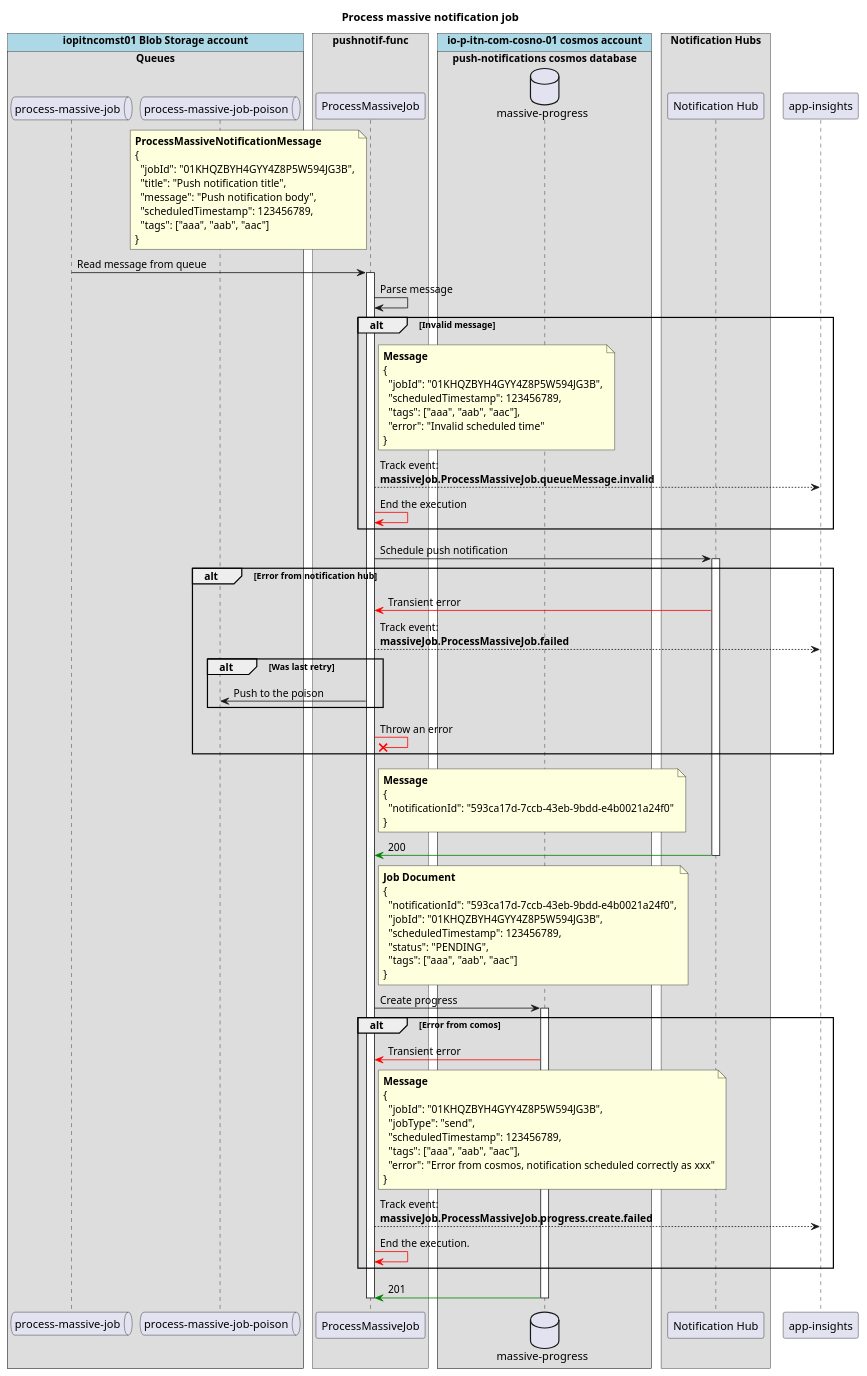
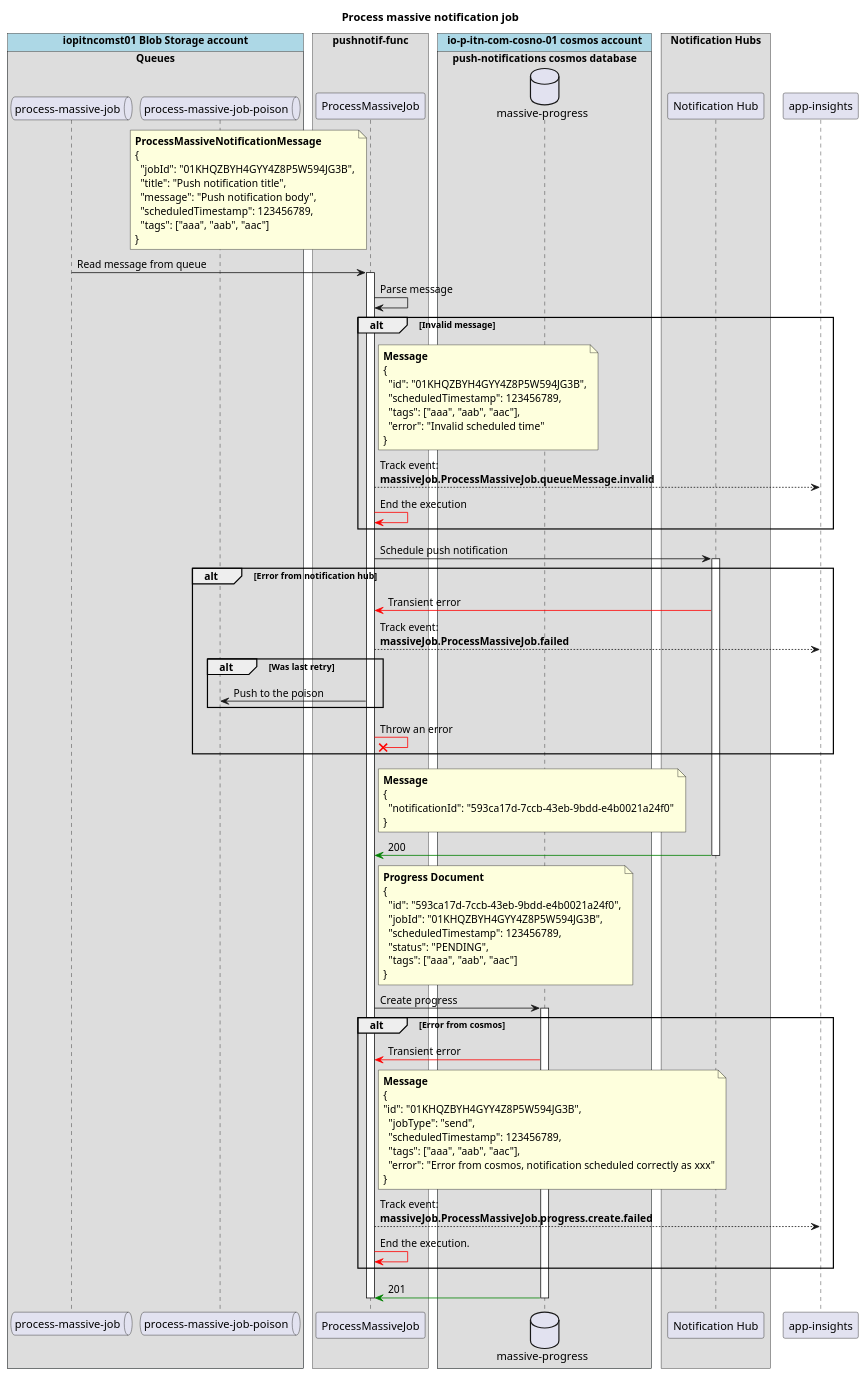
Before and after one commit to pagopa/io-messages: the diagram in apps/pushnotif-func/docs/puml/process-massive-job.puml, drawn with PlantUML. The commit also changed 11 other files, not shown here.

First line of the commit message:
Update massive notification job diagrams

```diff
--- a/apps/pushnotif-func/docs/puml/process-massive-job.puml
+++ b/apps/pushnotif-func/docs/puml/process-massive-job.puml
@@ -1,119 +1,119 @@
 @startuml
 
 title "Process massive notification job"
 
 box "iopitncomst01 Blob Storage account" #LightBlue
   box "Queues"
     queue "process-massive-job" as smq
     queue "process-massive-job-poison" as smpq
   end box
 end box
 
 box "pushnotif-func"
   participant "ProcessMassiveJob" as fn
 end box
 
 !pragma teoz true
 box "io-p-itn-com-cosno-01 cosmos account" #LightBlue
   box "push-notifications cosmos database"
     database "massive-progress" as mnjp
   end box
 end box
 
 box "Notification Hubs"
   participant "Notification Hub" as nh1
 end box
 
 participant "app-insights" as ai
 
 note left of fn
   **ProcessMassiveNotificationMessage**
   {
     "jobId": "01KHQZBYH4GYY4Z8P5W594JG3B",
     "title": "Push notification title",
     "message": "Push notification body",
     "scheduledTimestamp": 123456789,
     "tags": ["aaa", "aab", "aac"]
   }
 end note
 smq -> fn : Read message from queue
 activate fn
 deactivate smq
 
 fn -> fn : Parse message
 
 alt Invalid message
   note right of fn
     **Message**
     {
-      "jobId": "01KHQZBYH4GYY4Z8P5W594JG3B",
+      "id": "01KHQZBYH4GYY4Z8P5W594JG3B",
       "scheduledTimestamp": 123456789,
       "tags": ["aaa", "aab", "aac"],
       "error": "Invalid scheduled time"
     }
   end note
   fn --> ai : Track event:\n**massiveJob.ProcessMassiveJob.queueMessage.invalid**
 
   fn -[#red]> fn : End the execution
 end
 
 fn -> nh1 : Schedule push notification
 activate nh1
 
 alt Error from notification hub
   nh1 -[#red]> fn : Transient error
 
   fn --> ai : Track event:\n**massiveJob.ProcessMassiveJob.failed**
 
   alt Was last retry
     fn -> smpq : Push to the poison
   end
 
   fn -[#red]x fn : Throw an error
 end
 
 note right of fn
   **Message**
   {
     "notificationId": "593ca17d-7ccb-43eb-9bdd-e4b0021a24f0"
   }
 end note
 nh1 -[#green]> fn : 200
 deactivate nh1
 
 note right of fn
-  **Job Document**
+  **Progress Document**
   {
-    "notificationId": "593ca17d-7ccb-43eb-9bdd-e4b0021a24f0",
+    "id": "593ca17d-7ccb-43eb-9bdd-e4b0021a24f0",
     "jobId": "01KHQZBYH4GYY4Z8P5W594JG3B",
     "scheduledTimestamp": 123456789,
     "status": "PENDING",
     "tags": ["aaa", "aab", "aac"]
   }
 end note
 fn -> mnjp : Create progress
 activate mnjp
 
-alt Error from comos
+alt Error from cosmos
   mnjp -[#red]> fn : Transient error
   note right of fn
     **Message**
     {
-      "jobId": "01KHQZBYH4GYY4Z8P5W594JG3B",
+    "id": "01KHQZBYH4GYY4Z8P5W594JG3B",
       "jobType": "send",
       "scheduledTimestamp": 123456789,
       "tags": ["aaa", "aab", "aac"],
       "error": "Error from cosmos, notification scheduled correctly as xxx"
     }
   end note
   fn --> ai : Track event:\n**massiveJob.ProcessMassiveJob.progress.create.failed**
 
   fn -[#red]> fn : End the execution.
 end
 
 mnjp -[#green]> fn : 201
 deactivate mnjp
 
 deactivate fn
 
 @enduml
```
